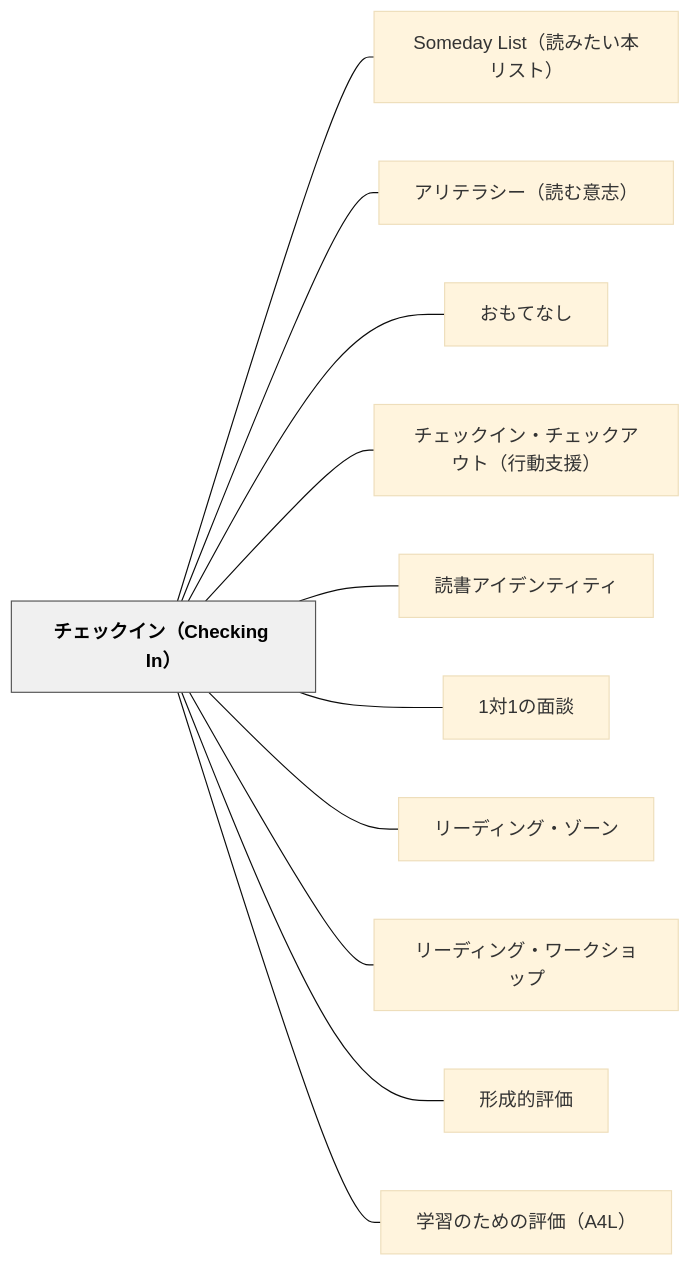
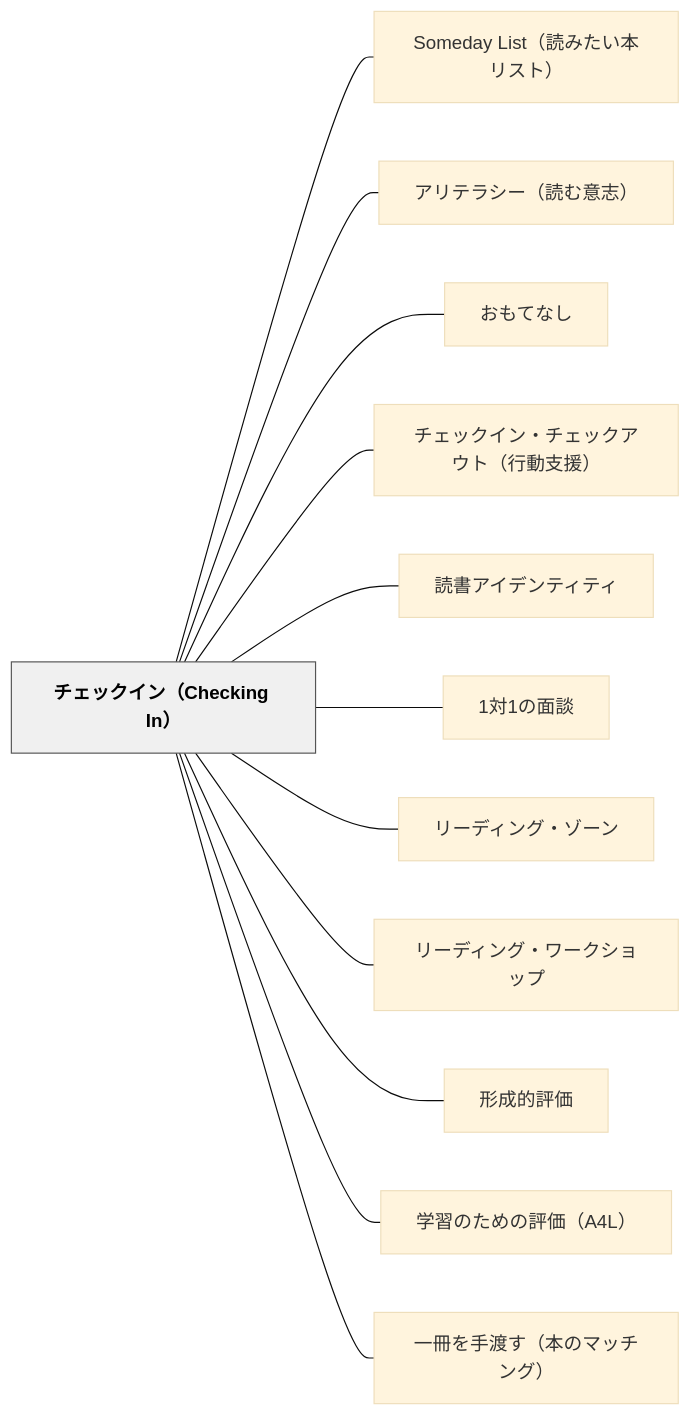
Before and after one commit to unknownthings-ed-patterns/unknownthings-ed-patterns: the diagram in content/パタン/チェックイン（Checking In）.md, drawn with Mermaid (base theme). The commit also changed other lines of this file and 15 other files, not shown here.

````diff
--- a/content/パタン/チェックイン（Checking In）.md
+++ b/content/パタン/チェックイン（Checking In）.md
@@ -147,28 +148,30 @@
 ```mermaid
 flowchart LR
     ne38381e382a7e38383e382afe382a4e383b3efbc88436865636b696e6720496eefbc89["チェックイン（Checking In）"]
     n536f6d65646179204c697374efbc88e8aaade381bfe3819fe38184e69cace383aae382b9e38388efbc89["Someday List（読みたい本リスト）"]
     ne382a2e383aae38386e383a9e382b7e383bcefbc88e8aaade38280e6848fe5bf97efbc89["アリテラシー（読む意志）"]
     ne3818ae38282e381a6e381aae38197["おもてなし"]
     ne38381e382a7e38383e382afe382a4e383b3e383bbe38381e382a7e38383e382afe382a2e382a6e38388efbc88e8a18ce58b95e694afe68fb4efbc89["チェックイン・チェックアウト（行動支援）"]
     ne8aaade69bb8e382a2e382a4e38387e383b3e38386e382a3e38386e382a3["読書アイデンティティ"]
     n31e5afbe31e381aee99da2e8ab87["1対1の面談"]
     ne383aae383bce38387e382a3e383b3e382b0e383bbe382bee383bce383b3["リーディング・ゾーン"]
     ne383aae383bce38387e382a3e383b3e382b0e383bbe383afe383bce382afe382b7e383a7e38383e38397["リーディング・ワークショップ"]
     ne5bda2e68890e79a84e8a995e4bea1["形成的評価"]
     ne5ada6e7bf92e381aee3819fe38281e381aee8a995e4bea1efbc8841344cefbc89["学習のための評価（A4L）"]
+    ne4b880e5868ae38292e6898be6b8a1e38199efbc88e69cace381aee3839ee38383e38381e383b3e382b0efbc89["一冊を手渡す（本のマッチング）"]
 
     ne38381e382a7e38383e382afe382a4e383b3efbc88436865636b696e6720496eefbc89 --- n536f6d65646179204c697374efbc88e8aaade381bfe3819fe38184e69cace383aae382b9e38388efbc89
     ne38381e382a7e38383e382afe382a4e383b3efbc88436865636b696e6720496eefbc89 --- ne382a2e383aae38386e383a9e382b7e383bcefbc88e8aaade38280e6848fe5bf97efbc89
     ne38381e382a7e38383e382afe382a4e383b3efbc88436865636b696e6720496eefbc89 --- ne3818ae38282e381a6e381aae38197
     ne38381e382a7e38383e382afe382a4e383b3efbc88436865636b696e6720496eefbc89 --- ne38381e382a7e38383e382afe382a4e383b3e383bbe38381e382a7e38383e382afe382a2e382a6e38388efbc88e8a18ce58b95e694afe68fb4efbc89
     ne38381e382a7e38383e382afe382a4e383b3efbc88436865636b696e6720496eefbc89 --- ne8aaade69bb8e382a2e382a4e38387e383b3e38386e382a3e38386e382a3
     ne38381e382a7e38383e382afe382a4e383b3efbc88436865636b696e6720496eefbc89 --- n31e5afbe31e381aee99da2e8ab87
     ne38381e382a7e38383e382afe382a4e383b3efbc88436865636b696e6720496eefbc89 --- ne383aae383bce38387e382a3e383b3e382b0e383bbe382bee383bce383b3
     ne38381e382a7e38383e382afe382a4e383b3efbc88436865636b696e6720496eefbc89 --- ne383aae383bce38387e382a3e383b3e382b0e383bbe383afe383bce382afe382b7e383a7e38383e38397
     ne38381e382a7e38383e382afe382a4e383b3efbc88436865636b696e6720496eefbc89 --- ne5bda2e68890e79a84e8a995e4bea1
     ne38381e382a7e38383e382afe382a4e383b3efbc88436865636b696e6720496eefbc89 --- ne5ada6e7bf92e381aee3819fe38281e381aee8a995e4bea1efbc8841344cefbc89
+    ne38381e382a7e38383e382afe382a4e383b3efbc88436865636b696e6720496eefbc89 --- ne4b880e5868ae38292e6898be6b8a1e38199efbc88e69cace381aee3839ee38383e38381e383b3e382b0efbc89
 
     classDef hub fill:#f0f0f0,stroke:#555,color:#000,font-weight:bold
     class ne38381e382a7e38383e382afe382a4e383b3efbc88436865636b696e6720496eefbc89 hub
 ```
````
